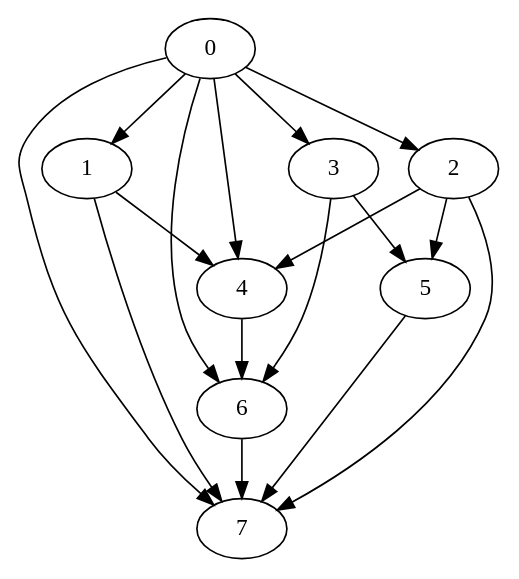
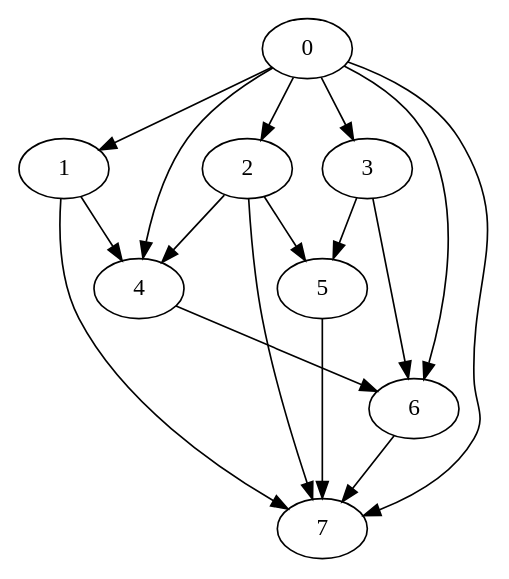
One commit to PJhaveri02/Task-Scheduler changed the diagram in dot/Nodes_8_Random-output.dot. Above: the diagram before and after it, drawn with Graphviz. The commit also changed 1 other file, not shown here.

```diff
--- a/dot/Nodes_8_Random-output.dot
+++ b/dot/Nodes_8_Random-output.dot
@@ -1,26 +1,26 @@
 digraph "outputGraph" {
-		0	[Weight=35, Start=0, Processor=1]
-		2	[Weight=176, Start=35, Processor=1]
-		0 -> 2   [Weight = 9];
-		4	[Weight=176, Start=211, Processor=1]
-		0 -> 4   [Weight = 5];
-		2 -> 4   [Weight = 8];
-		1 -> 4   [Weight = 10];
-		6	[Weight=141, Start=387, Processor=1]
-		0 -> 6   [Weight = 4];
-		3 -> 6   [Weight = 8];
-		4 -> 6   [Weight = 2];
-		7	[Weight=53, Start=528, Processor=1]
-		5 -> 7   [Weight = 4];
-		0 -> 7   [Weight = 9];
-		6 -> 7   [Weight = 8];
-		2 -> 7   [Weight = 3];
-		1 -> 7   [Weight = 6];
-		1	[Weight=88, Start=38, Processor=2]
+		1	[Weight=88, Start=38, Processor=1]
 		0 -> 1   [Weight = 3];
-		3	[Weight=159, Start=126, Processor=2]
+		3	[Weight=159, Start=126, Processor=1]
 		0 -> 3   [Weight = 7];
-		5	[Weight=141, Start=285, Processor=2]
+		5	[Weight=141, Start=285, Processor=1]
 		3 -> 5   [Weight = 5];
 		2 -> 5   [Weight = 6];
+		0	[Weight=35, Start=0, Processor=2]
+		2	[Weight=176, Start=35, Processor=2]
+		0 -> 2   [Weight = 9];
+		4	[Weight=176, Start=211, Processor=2]
+		0 -> 4   [Weight = 5];
+		1 -> 4   [Weight = 10];
+		2 -> 4   [Weight = 8];
+		6	[Weight=141, Start=387, Processor=2]
+		0 -> 6   [Weight = 4];
+		4 -> 6   [Weight = 2];
+		3 -> 6   [Weight = 8];
+		7	[Weight=53, Start=528, Processor=2]
+		5 -> 7   [Weight = 4];
+		6 -> 7   [Weight = 8];
+		0 -> 7   [Weight = 9];
+		1 -> 7   [Weight = 6];
+		2 -> 7   [Weight = 3];
 }
```
